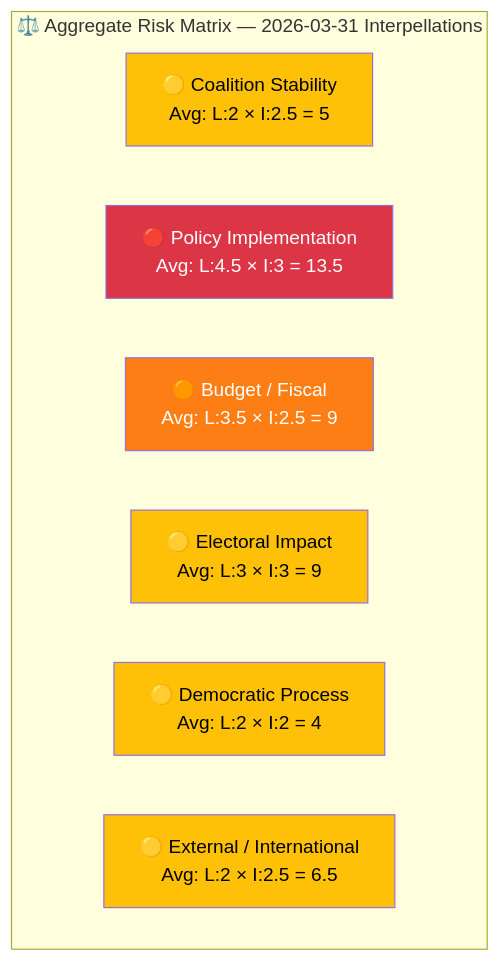
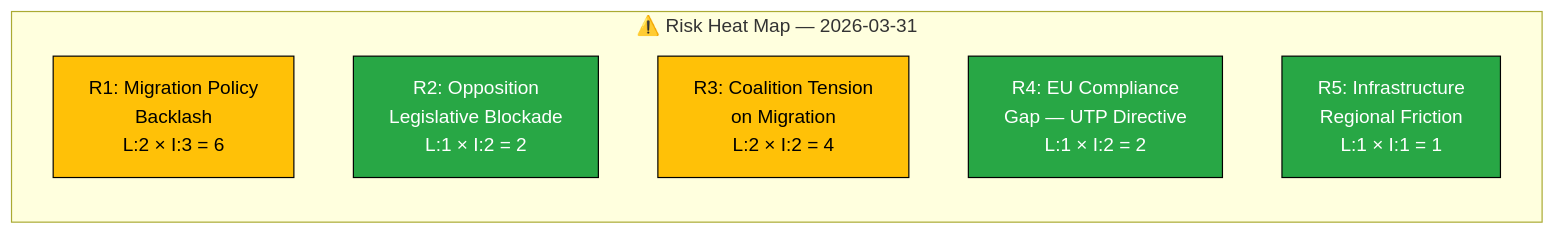
One commit to Hack23/riksdagsmonitor changed the first of 2 diagrams in analysis/daily/2026-03-31/risk-assessment.md. Above: the diagram before and after it, drawn with Mermaid. The commit also changed other lines of this file and 5 other files, not shown here.

````diff
--- a/analysis/daily/2026-03-31/risk-assessment.md
+++ b/analysis/daily/2026-03-31/risk-assessment.md
@@ -13,18 +34,15 @@
 ```mermaid
-graph TD
-    subgraph "⚖️ Aggregate Risk Matrix — 2026-03-31 Interpellations"
-        R1["🟡 Coalition Stability<br/>Avg: L:2 × I:2.5 = 5"]
-        R2["🔴 Policy Implementation<br/>Avg: L:4.5 × I:3 = 13.5"]
-        R3["🟠 Budget / Fiscal<br/>Avg: L:3.5 × I:2.5 = 9"]
-        R4["🟡 Electoral Impact<br/>Avg: L:3 × I:3 = 9"]
-        R5["🟡 Democratic Process<br/>Avg: L:2 × I:2 = 4"]
-        R6["🟡 External / International<br/>Avg: L:2 × I:2.5 = 6.5"]
+graph LR
+    subgraph "⚠️ Risk Heat Map — 2026-03-31"
+        R1["R1: Migration Policy<br/>Backlash<br/>L:2 × I:3 = 6"]
+        R2["R2: Opposition<br/>Legislative Blockade<br/>L:1 × I:2 = 2"]
+        R3["R3: Coalition Tension<br/>on Migration<br/>L:2 × I:2 = 4"]
+        R4["R4: EU Compliance<br/>Gap — UTP Directive<br/>L:1 × I:2 = 2"]
+        R5["R5: Infrastructure<br/>Regional Friction<br/>L:1 × I:1 = 1"]
     end
-
-    style R1 fill:#ffc107,color:#000
-    style R2 fill:#dc3545,color:#fff
-    style R3 fill:#fd7e14,color:#fff
-    style R4 fill:#ffc107,color:#000
-    style R5 fill:#ffc107,color:#000
-    style R6 fill:#ffc107,color:#000
+    style R1 fill:#ffc107,stroke:#000,color:#000
+    style R2 fill:#28a745,stroke:#000,color:#fff
+    style R3 fill:#ffc107,stroke:#000,color:#000
+    style R4 fill:#28a745,stroke:#000,color:#fff
+    style R5 fill:#28a745,stroke:#000,color:#fff
 ```
````
